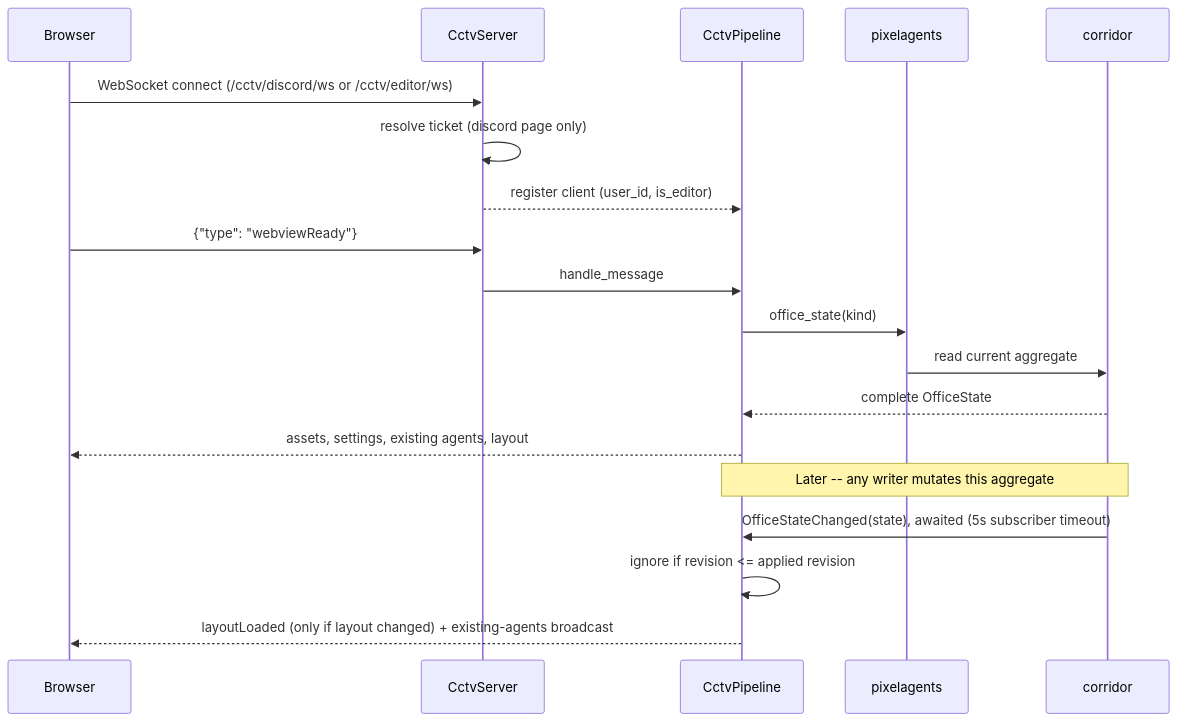
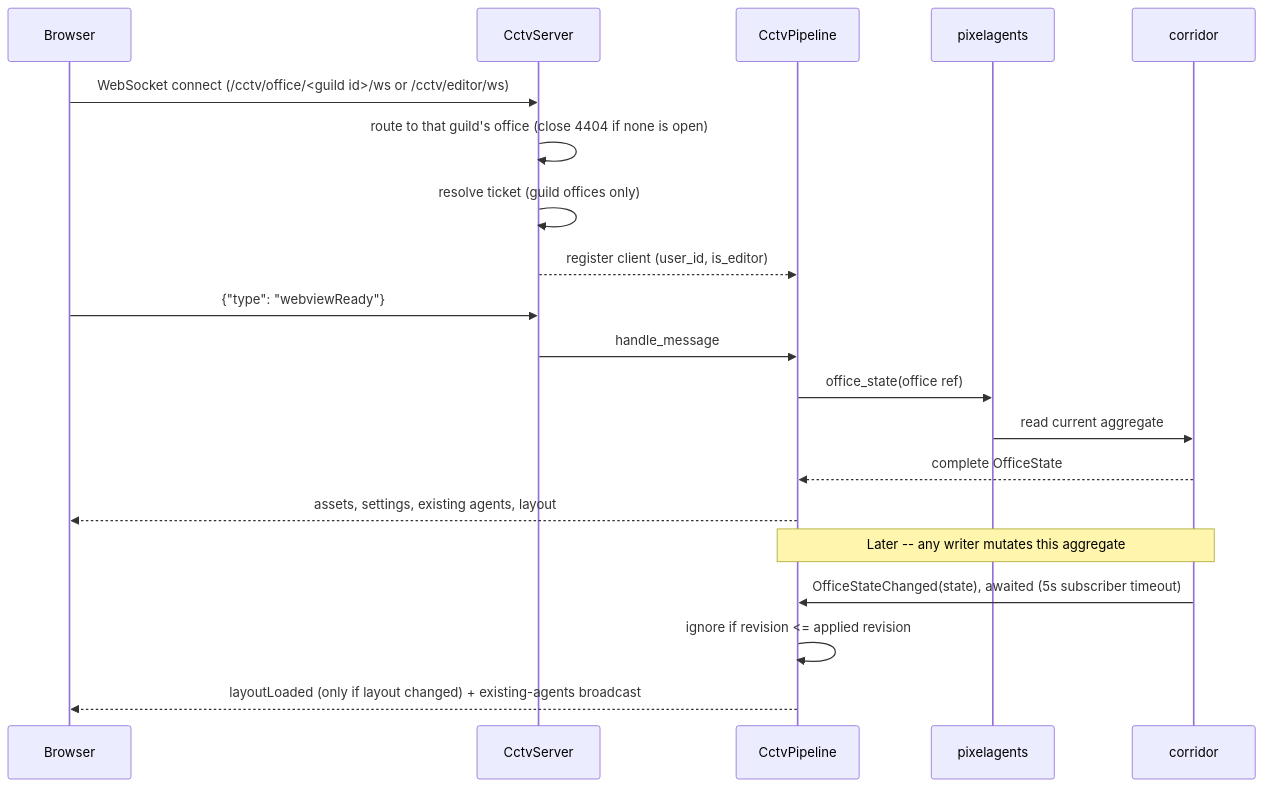
The third of 3 diagrams in cctv/Architecture.md (pixel-agents-hq/pixel-agents-cogs), drawn with Mermaid before and after one commit. The commit also changed other lines of this file and 74 other files, not shown here.

First line of the commit message:
feat(cctv,corridor,pixelagents,floorplan): one Pixel Agents office per Discord server (#107)

````diff
--- a/cctv/Architecture.md
+++ b/cctv/Architecture.md
@@ -90,23 +94,24 @@
 ```mermaid
 sequenceDiagram
     participant B as Browser
     participant S as CctvServer
     participant Pi as CctvPipeline
     participant PA as pixelagents
     participant Co as corridor
 
-    B->>S: WebSocket connect (/cctv/discord/ws or /cctv/editor/ws)
-    S->>S: resolve ticket (discord page only)
+    B->>S: WebSocket connect (/cctv/office/<guild id>/ws or /cctv/editor/ws)
+    S->>S: route to that guild's office (close 4404 if none is open)
+    S->>S: resolve ticket (guild offices only)
     S-->>Pi: register client (user_id, is_editor)
     B->>S: {"type": "webviewReady"}
     S->>Pi: handle_message
-    Pi->>PA: office_state(kind)
+    Pi->>PA: office_state(office ref)
     PA->>Co: read current aggregate
     Co-->>Pi: complete OfficeState
     Pi-->>B: assets, settings, existing agents, layout
 
     Note over Co,Pi: Later -- any writer mutates this aggregate
     Co->>Pi: OfficeStateChanged(state), awaited (5s subscriber timeout)
     Pi->>Pi: ignore if revision <= applied revision
     Pi-->>B: layoutLoaded (only if layout changed) + existing-agents broadcast
 ```
````
